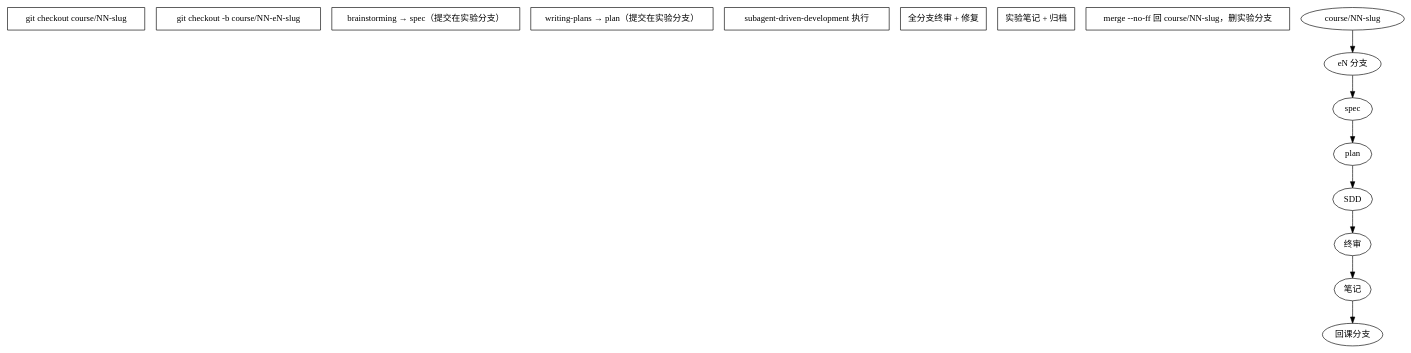
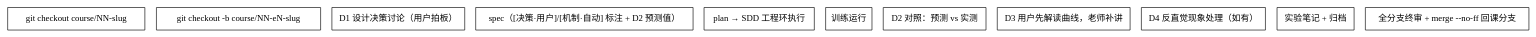
One commit to SuperAlways/gomoku-rl changed the diagram in docs/course/branching-sop.md. Above: the diagram before and after it, drawn with Graphviz. The commit also changed other lines of this file, not shown here.

````diff
--- a/docs/course/branching-sop.md
+++ b/docs/course/branching-sop.md
@@ -46,14 +86,16 @@
 ```dot
 digraph experiment {
   rankdir=TB;
   "git checkout course/NN-slug" [shape=box];
   "git checkout -b course/NN-eN-slug" [shape=box];
-  "brainstorming → spec（提交在实验分支）" [shape=box];
-  "writing-plans → plan（提交在实验分支）" [shape=box];
-  "subagent-driven-development 执行" [shape=box];
-  "全分支终审 + 修复" [shape=box];
+  "D1 设计决策讨论（用户拍板）" [shape=box];
+  "spec（[决策·用户]/[机制·自动] 标注 + D2 预测值）" [shape=box];
+  "plan → SDD 工程环执行" [shape=box];
+  "训练运行" [shape=box];
+  "D2 对照：预测 vs 实测" [shape=box];
+  "D3 用户先解读曲线，老师补讲" [shape=box];
+  "D4 反直觉现象处理（如有）" [shape=box];
   "实验笔记 + 归档" [shape=box];
-  "merge --no-ff 回 course/NN-slug，删实验分支" [shape=box];
-  "course/NN-slug" -> "eN 分支" -> "spec" -> "plan" -> "SDD" -> "终审" -> "笔记" -> "回课分支";
+  "全分支终审 + merge --no-ff 回课分支" [shape=box];
 }
 ```
````
